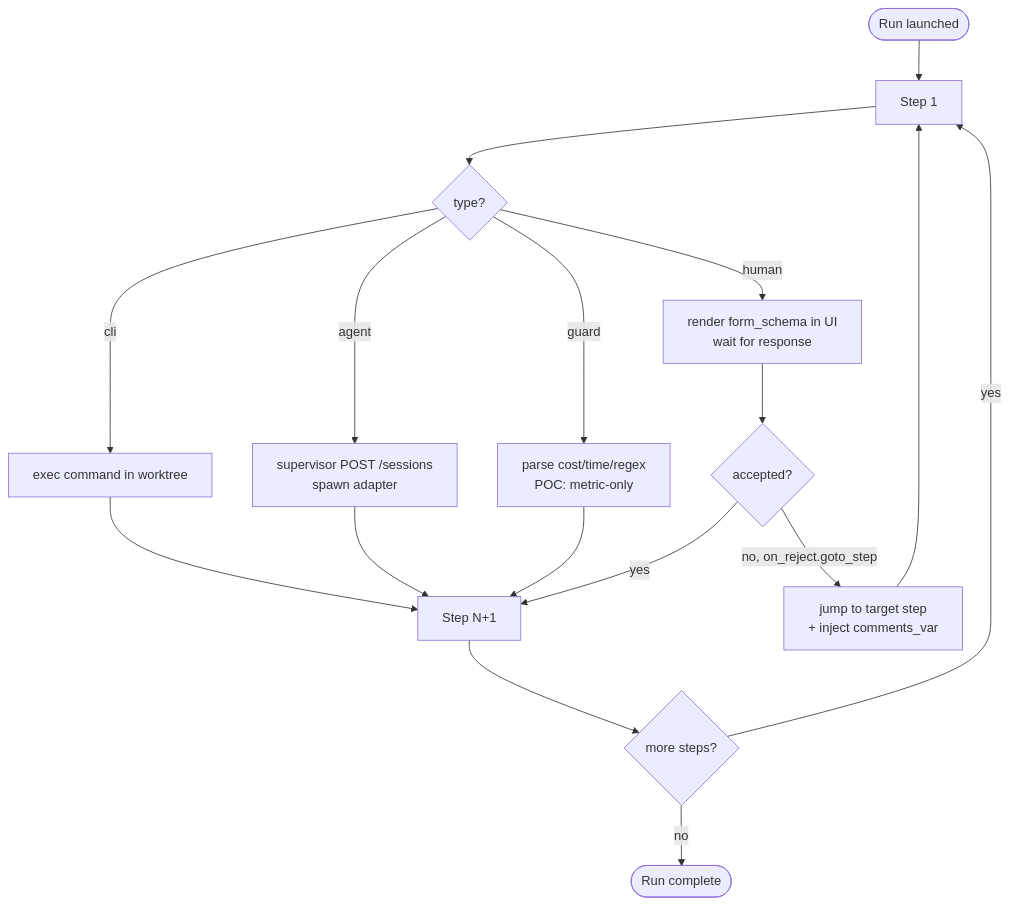
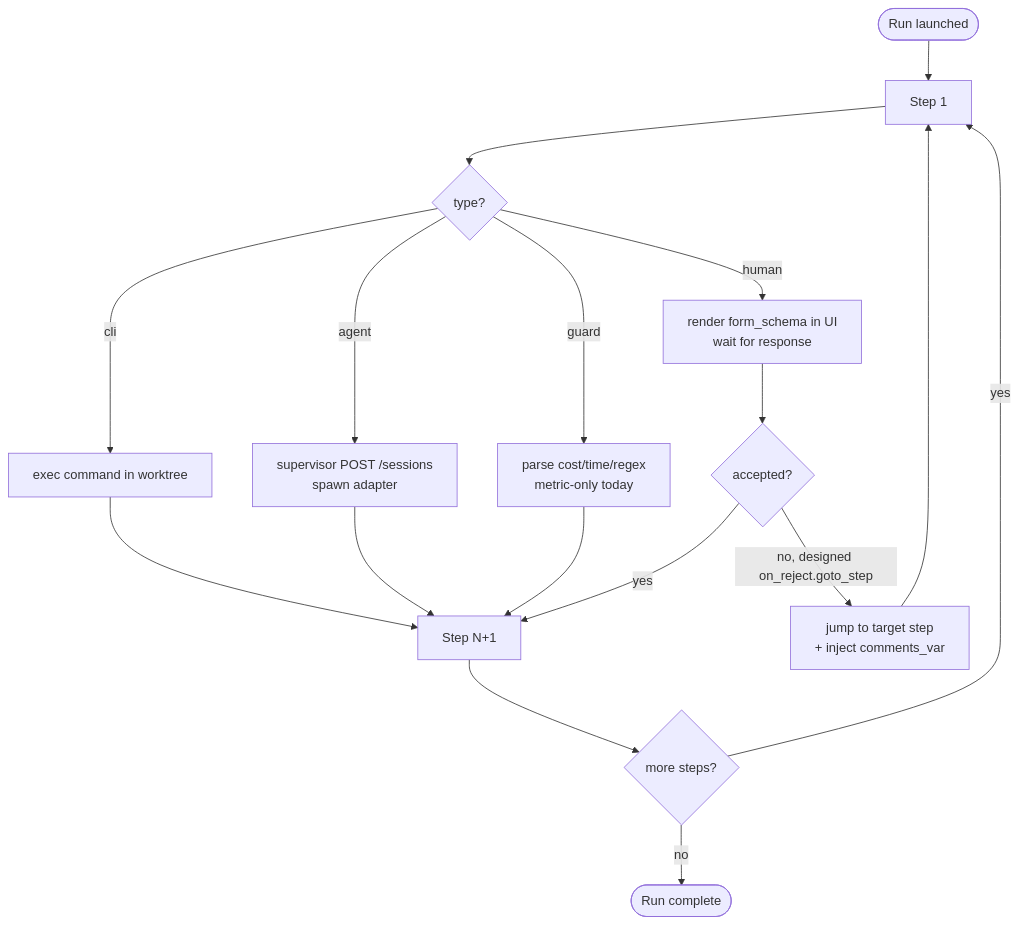
The third of 4 diagrams in docs/system-analytics/flows.md (maister-dev/maister), drawn with Mermaid before and after one commit. The commit also changed other lines of this file and 46 other files, not shown here.

````diff
--- a/docs/system-analytics/flows.md
+++ b/docs/system-analytics/flows.md
@@ -97,19 +96,19 @@
 ```mermaid
 flowchart TD
     Start([Run launched]) --> S1[Step 1]
     S1 --> T{type?}
     T -- cli --> Exec1[exec command in worktree]
     T -- agent --> Acp1[supervisor POST /sessions<br/>spawn adapter]
-    T -- guard --> Eval[parse cost/time/regex<br/>POC: metric-only]
+    T -- guard --> Eval[parse cost/time/regex<br/>metric-only today]
     T -- human --> Form[render form_schema in UI<br/>wait for response]
     Exec1 --> Next
     Acp1 --> Next
     Eval --> Next
     Form --> Verdict{accepted?}
     Verdict -- yes --> Next[Step N+1]
-    Verdict -- no, on_reject.goto_step --> Loop[jump to target step<br/>+ inject comments_var]
+    Verdict -- no, designed on_reject.goto_step --> Loop[jump to target step<br/>+ inject comments_var]
     Loop --> S1
     Next --> Done{more steps?}
     Done -- yes --> S1
     Done -- no --> End([Run complete])
 ```
````
